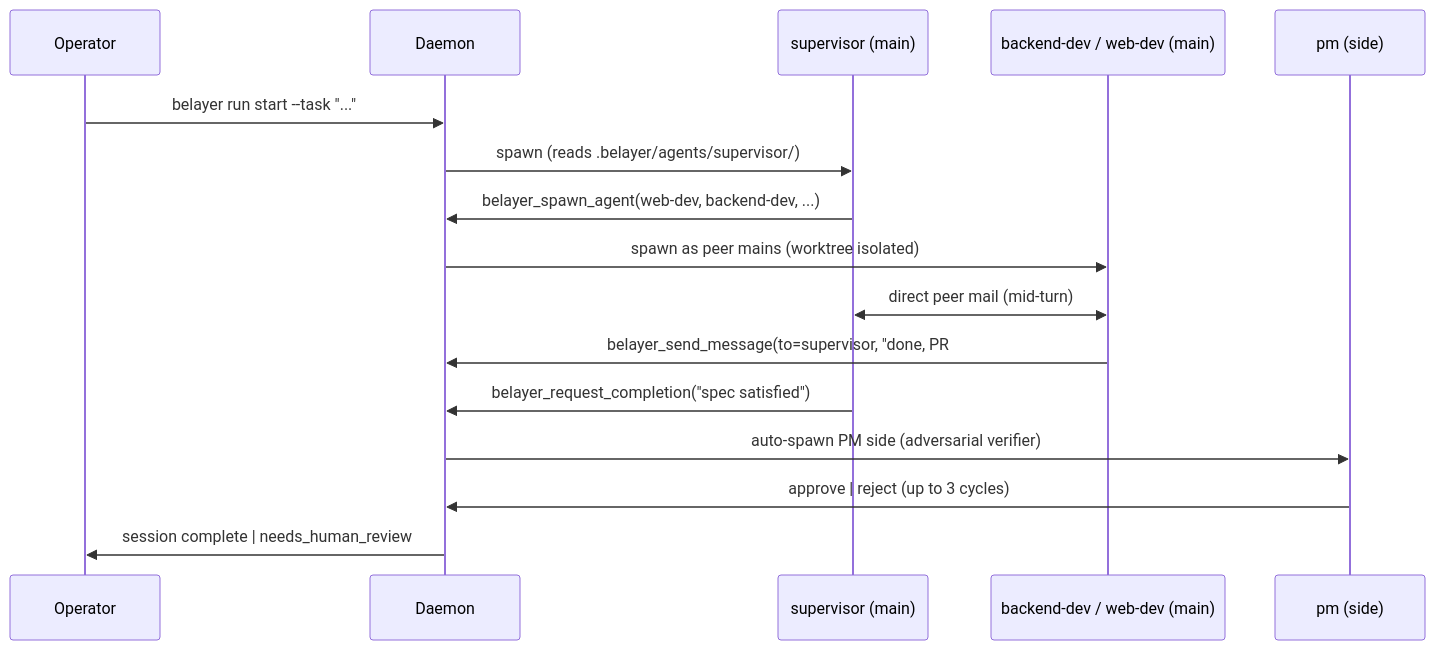
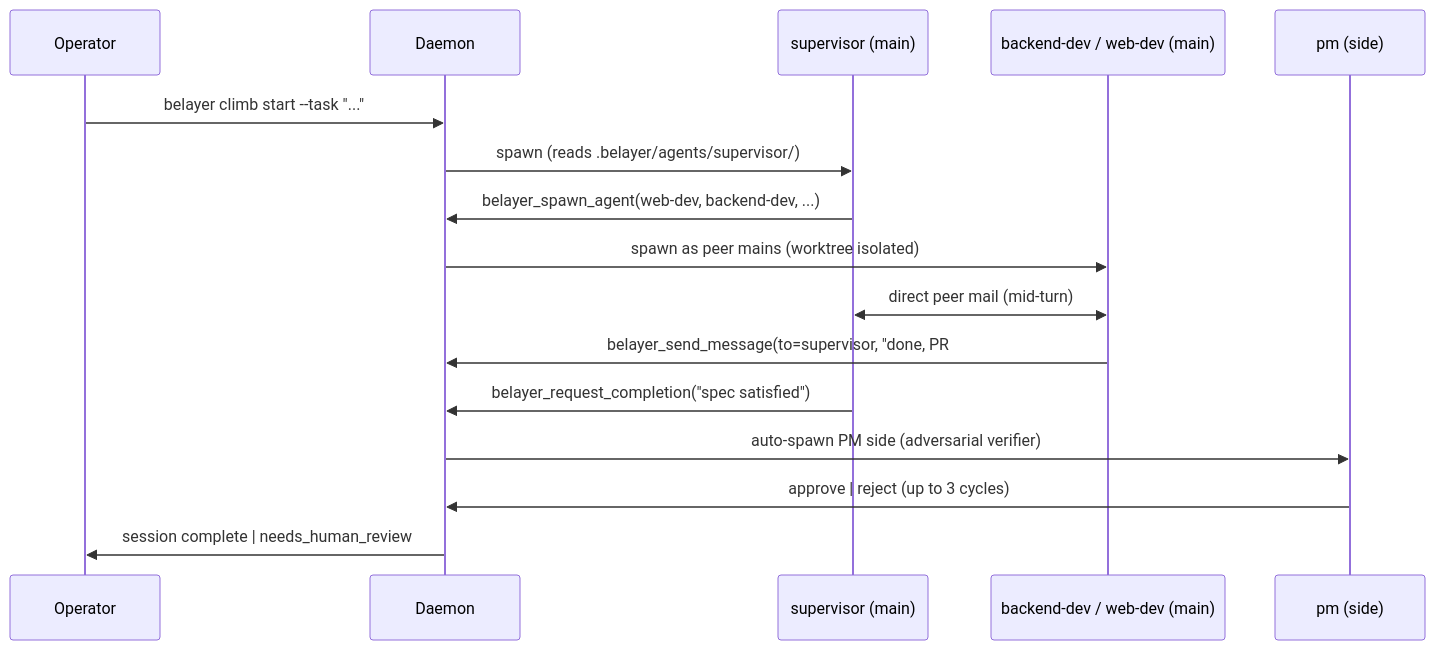
One commit to donovan-yohan/belayer changed the second of 2 diagrams in README.md. Above: the diagram before and after it, drawn with Mermaid. The commit also changed other lines of this file and 54 other files, not shown here.

````diff
--- a/README.md
+++ b/README.md
@@ -95,19 +123,19 @@
 ```mermaid
 sequenceDiagram
     participant Op as Operator
     participant D as Daemon
     participant Sup as supervisor (main)
     participant Dev as backend-dev / web-dev (main)
     participant PM as pm (side)
 
-    Op->>D: belayer run start --task "..."
+    Op->>D: belayer climb start --task "..."
     D->>Sup: spawn (reads .belayer/agents/supervisor/)
     Sup->>D: belayer_spawn_agent(web-dev, backend-dev, ...)
     D->>Dev: spawn as peer mains (worktree isolated)
     Sup<<->>Dev: direct peer mail (mid-turn)
     Dev->>D: belayer_send_message(to=supervisor, "done, PR #42")
     Sup->>D: belayer_request_completion("spec satisfied")
     D->>PM: auto-spawn PM side (adversarial verifier)
     PM->>D: approve | reject (up to 3 cycles)
     D->>Op: session complete | needs_human_review
 ```
````
